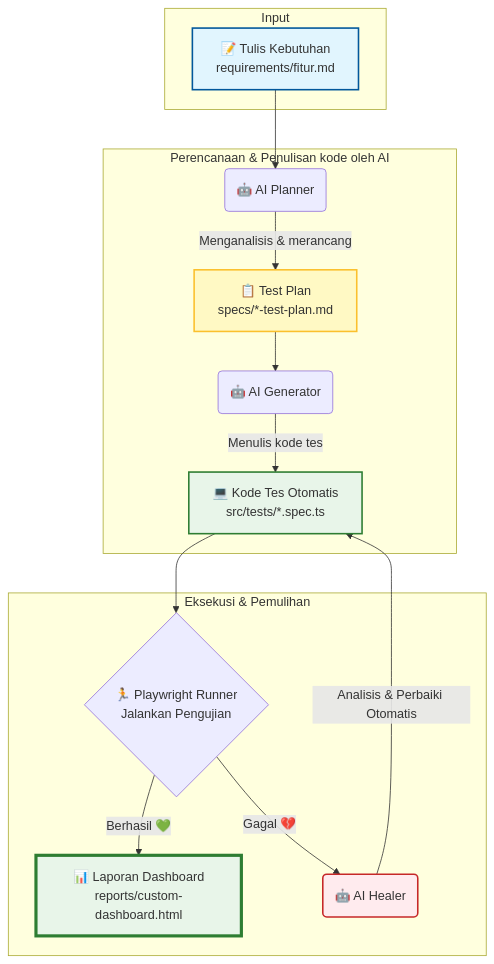
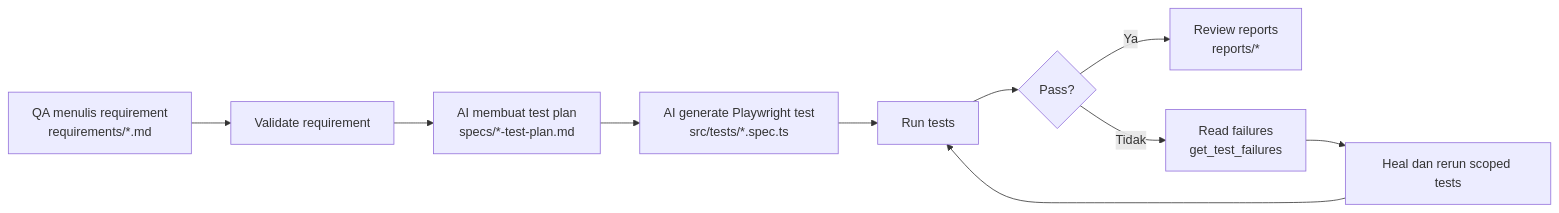
The first of 2 diagrams in README.md (k-ardliyan/playwright-qa-kit), drawn with Mermaid before and after one commit. The commit also changed other lines of this file and 12 other files, not shown here.

````diff
--- a/README.md
+++ b/README.md
@@ -23,26 +139,12 @@
 ```mermaid
-graph TD
-    subgraph Input
-        A[📝 Tulis Kebutuhan<br/>requirements/fitur.md]
-    end
-
-    subgraph Perencanaan & Penulisan kode oleh AI
-        A --> B(🤖 AI Planner)
-        B -->|Menganalisis & merancang| C[📋 Test Plan<br/>specs/*-test-plan.md]
-        C --> D(🤖 AI Generator)
-        D -->|Menulis kode tes| E[💻 Kode Tes Otomatis<br/>src/tests/*.spec.ts]
-    end
-
-    subgraph Eksekusi & Pemulihan
-        E --> F{🏃 Playwright Runner<br/>Jalankan Pengujian}
-        F -->|Berhasil 💚| G[📊 Laporan Dashboard<br/>reports/custom-dashboard.html]
-        F -->|Gagal 💔| H(🤖 AI Healer)
-        H -->|Analisis & Perbaiki Otomatis| E
-    end
-
-    style A fill:#e1f5fe,stroke:#01579b,stroke-width:2px
-    style C fill:#fff9c4,stroke:#fbc02d,stroke-width:2px
-    style E fill:#e8f5e9,stroke:#2e7d32,stroke-width:2px
-    style G fill:#e8f5e9,stroke:#2e7d32,stroke-width:4px
-    style H fill:#ffebee,stroke:#c62828,stroke-width:2px
+flowchart LR
+  A[QA menulis requirement<br/>requirements/*.md] --> B[Validate requirement]
+  B --> C[AI membuat test plan<br/>specs/*-test-plan.md]
+  C --> D[AI generate Playwright test<br/>src/tests/*.spec.ts]
+  D --> E[Run tests]
+  E --> F{Pass?}
+  F -- Ya --> G[Review reports<br/>reports/*]
+  F -- Tidak --> H[Read failures<br/>get_test_failures]
+  H --> I[Heal dan rerun scoped tests]
+  I --> E
 ```
````
